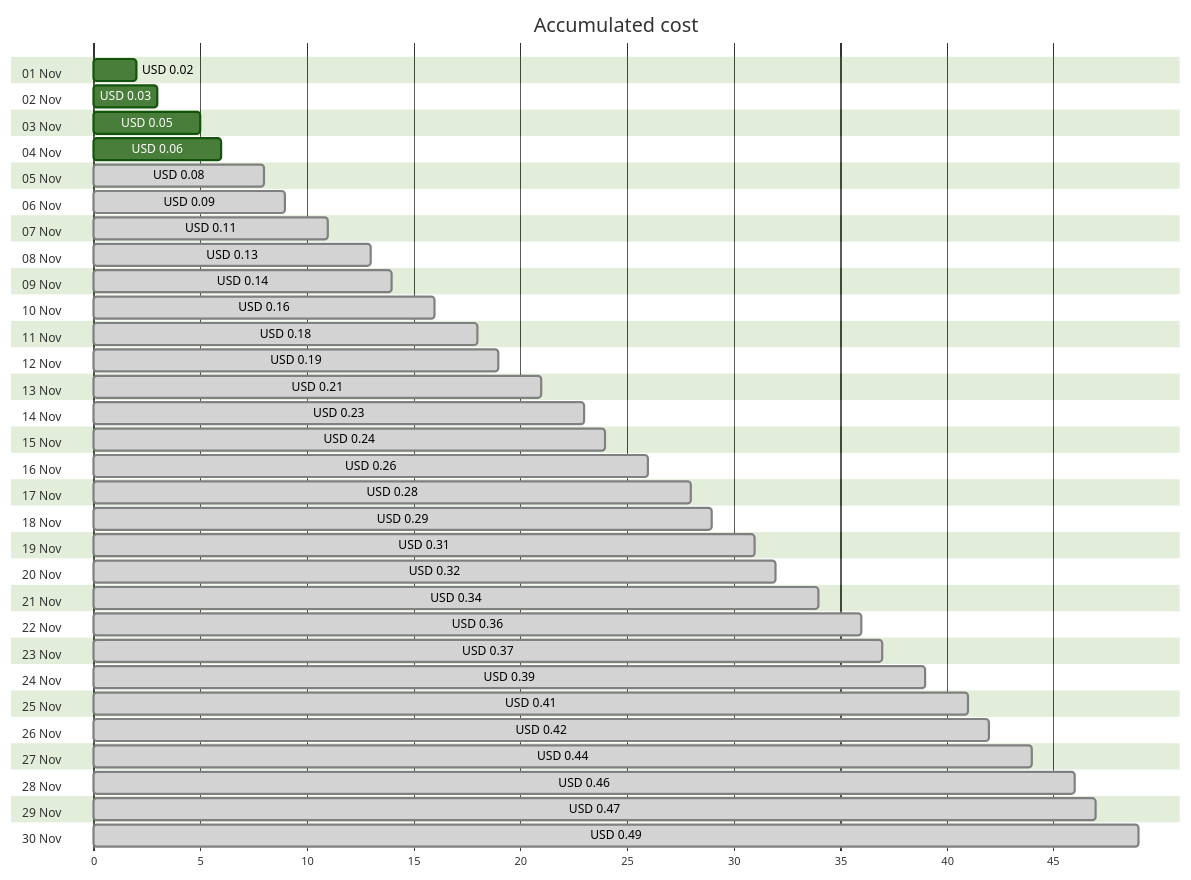
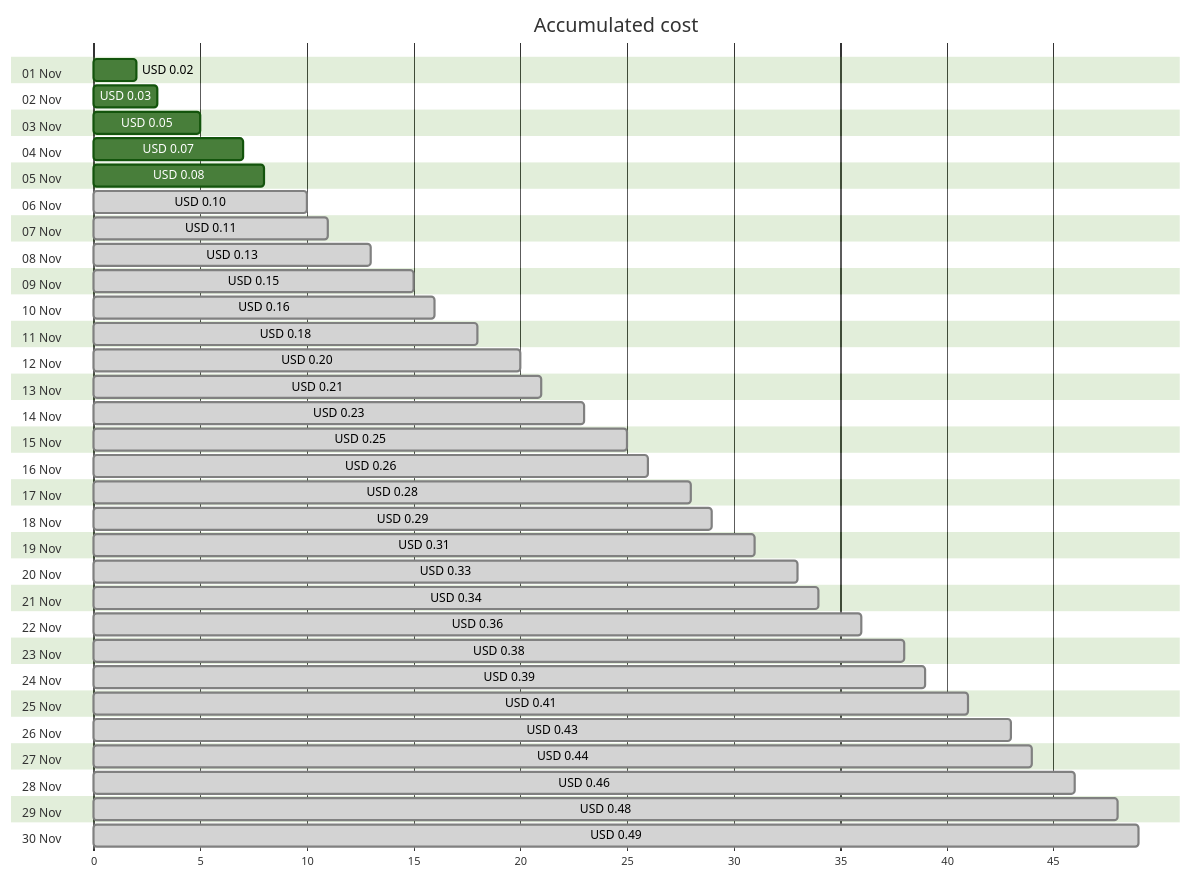
One commit to jpfulton/azure-personal-reports changed the first of 4 diagrams in cost-reports/personal-dns/jpatrickfulton.dev.md. Above: the diagram before and after it, drawn with Mermaid (forest theme). The commit also changed other lines of this file and 2 other files, not shown here.

````diff
--- a/cost-reports/personal-dns/jpatrickfulton.dev.md
+++ b/cost-reports/personal-dns/jpatrickfulton.dev.md
@@ -20,66 +20,66 @@
 ```mermaid
 gantt
    title Accumulated cost
    dateFormat  X
    axisFormat %s
    section 01 Nov
    USD 0.02 :0, 2
    section 02 Nov
    USD 0.03 :0, 3
    section 03 Nov
    USD 0.05 :0, 5
    section 04 Nov
-   USD 0.06 :0, 6
+   USD 0.07 :0, 7
    section 05 Nov
-   USD 0.08 : done, 0, 8
+   USD 0.08 :0, 8
    section 06 Nov
-   USD 0.09 : done, 0, 9
+   USD 0.10 : done, 0, 10
    section 07 Nov
    USD 0.11 : done, 0, 11
    section 08 Nov
    USD 0.13 : done, 0, 13
    section 09 Nov
-   USD 0.14 : done, 0, 14
+   USD 0.15 : done, 0, 15
    section 10 Nov
    USD 0.16 : done, 0, 16
    section 11 Nov
    USD 0.18 : done, 0, 18
    section 12 Nov
-   USD 0.19 : done, 0, 19
+   USD 0.20 : done, 0, 20
    section 13 Nov
    USD 0.21 : done, 0, 21
    section 14 Nov
    USD 0.23 : done, 0, 23
    section 15 Nov
-   USD 0.24 : done, 0, 24
+   USD 0.25 : done, 0, 25
    section 16 Nov
    USD 0.26 : done, 0, 26
    section 17 Nov
    USD 0.28 : done, 0, 28
    section 18 Nov
    USD 0.29 : done, 0, 29
    section 19 Nov
    USD 0.31 : done, 0, 31
    section 20 Nov
-   USD 0.32 : done, 0, 32
+   USD 0.33 : done, 0, 33
    section 21 Nov
    USD 0.34 : done, 0, 34
    section 22 Nov
    USD 0.36 : done, 0, 36
    section 23 Nov
-   USD 0.37 : done, 0, 37
+   USD 0.38 : done, 0, 38
    section 24 Nov
    USD 0.39 : done, 0, 39
    section 25 Nov
    USD 0.41 : done, 0, 41
    section 26 Nov
-   USD 0.42 : done, 0, 42
+   USD 0.43 : done, 0, 43
    section 27 Nov
    USD 0.44 : done, 0, 44
    section 28 Nov
    USD 0.46 : done, 0, 46
    section 29 Nov
-   USD 0.47 : done, 0, 47
+   USD 0.48 : done, 0, 48
    section 30 Nov
    USD 0.49 : done, 0, 49
 ```
````
